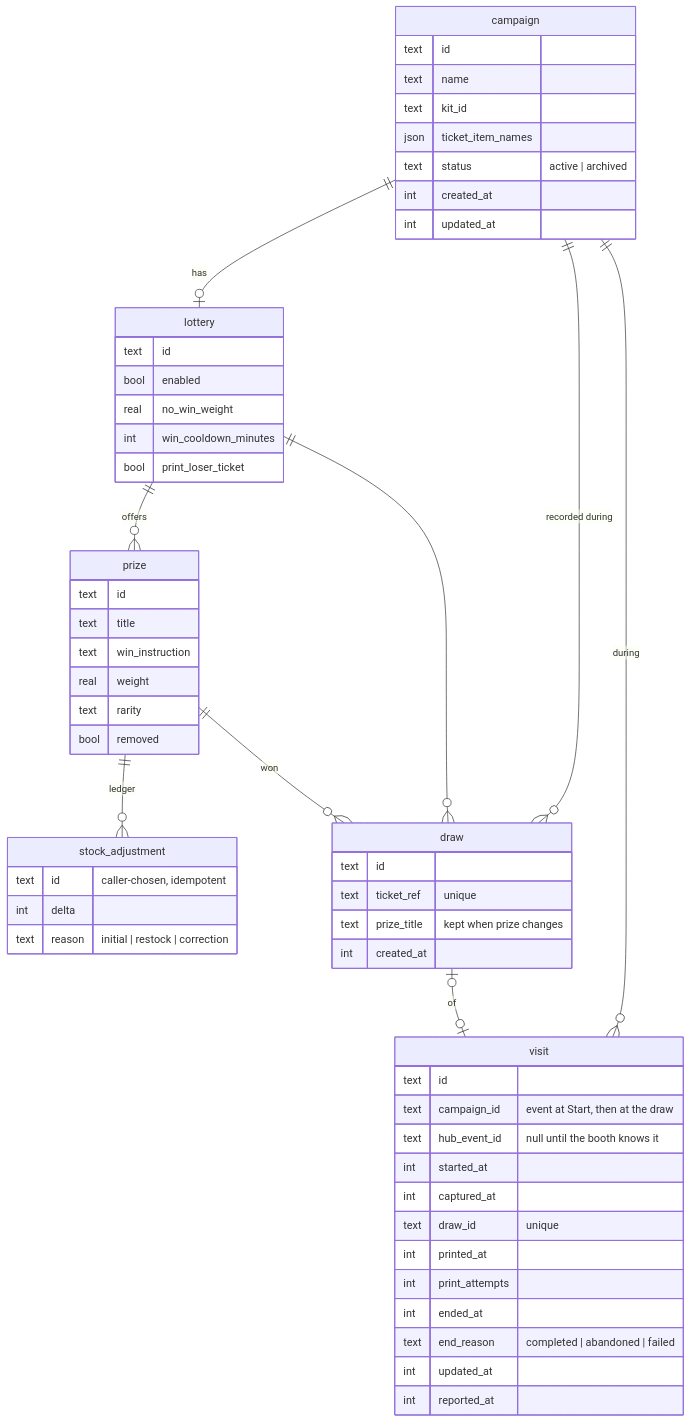
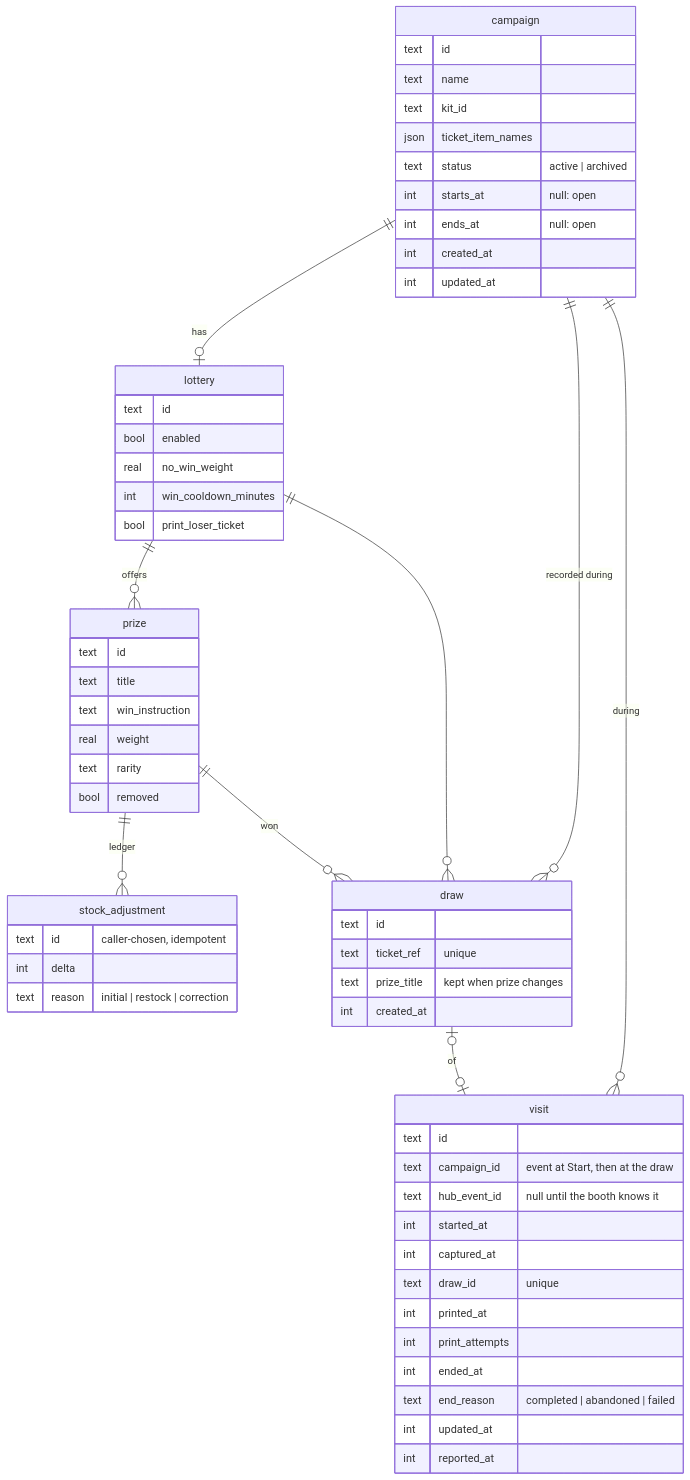
The diagram in apps/docs/src/content/docs/architecture/data-model.md (99Stud/dither_booth), drawn with Mermaid before and after one commit. The commit also changed other lines of this file and 49 other files, not shown here.

````diff
--- a/apps/docs/src/content/docs/architecture/data-model.md
+++ b/apps/docs/src/content/docs/architecture/data-model.md
@@ -12,60 +12,62 @@
 ```mermaid
 erDiagram
   campaign ||--o| lottery : "has"
   lottery ||--o{ prize : "offers"
   prize ||--o{ stock_adjustment : "ledger"
   campaign ||--o{ draw : "recorded during"
   lottery ||--o{ draw : ""
   prize ||--o{ draw : "won"
   campaign ||--o{ visit : "during"
   draw |o--o| visit : "of"
   campaign {
     text id
     text name
     text kit_id
     json ticket_item_names
     text status "active | archived"
+    int starts_at "null: open"
+    int ends_at "null: open"
     int created_at
     int updated_at
   }
   lottery {
     text id
     bool enabled
     real no_win_weight
     int win_cooldown_minutes
     bool print_loser_ticket
   }
   prize {
     text id
     text title
     text win_instruction
     real weight
     text rarity
     bool removed
   }
   stock_adjustment {
     text id "caller-chosen, idempotent"
     int delta
     text reason "initial | restock | correction"
   }
   draw {
     text id
     text ticket_ref "unique"
     text prize_title "kept when prize changes"
     int created_at
   }
   visit {
     text id
     text campaign_id "event at Start, then at the draw"
     text hub_event_id "null until the booth knows it"
     int started_at
     int captured_at
     text draw_id "unique"
     int printed_at
     int print_attempts
     int ended_at
     text end_reason "completed | abandoned | failed"
     int updated_at
     int reported_at
   }
 ```
````
